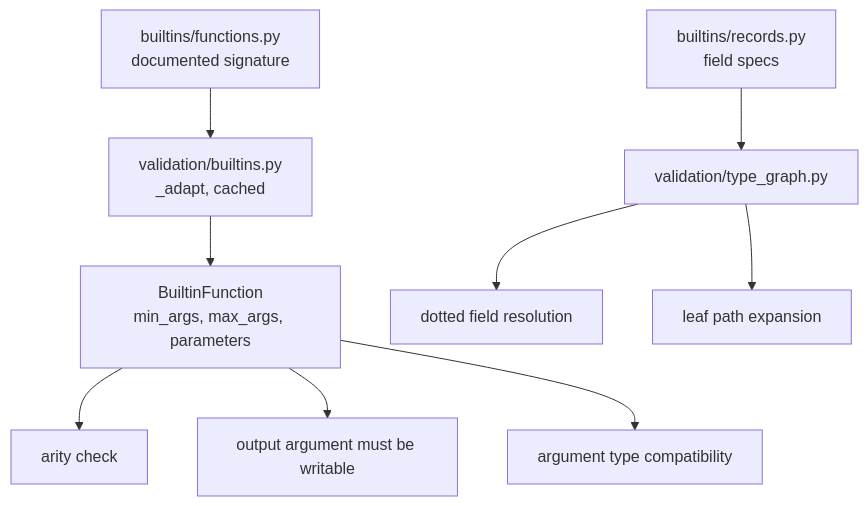
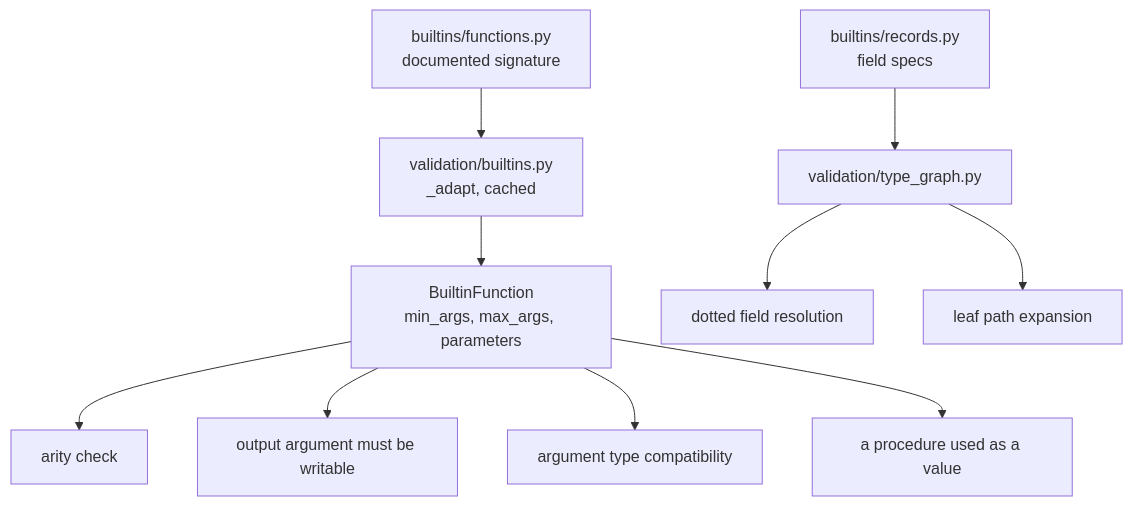
The second of 2 diagrams in docs/builtins.md (SorenHJohansen/sattline-parser), drawn with Mermaid before and after one commit. The commit also changed other lines of this file and 28 other files, not shown here.

````diff
--- a/docs/builtins.md
+++ b/docs/builtins.md
@@ -116,11 +121,12 @@
 ```mermaid
 flowchart TB
     F["builtins/functions.py<br/>documented signature"] --> A["validation/builtins.py<br/>_adapt, cached"]
     A --> V["BuiltinFunction<br/>min_args, max_args, parameters"]
     V --> R1["arity check"]
     V --> R2["output argument must be writable"]
     V --> R3["argument type compatibility"]
+    V --> R6["a procedure used as a value"]
     REC["builtins/records.py<br/>field specs"] --> TG["validation/type_graph.py"]
     TG --> R4["dotted field resolution"]
     TG --> R5["leaf path expansion"]
 ```
````
